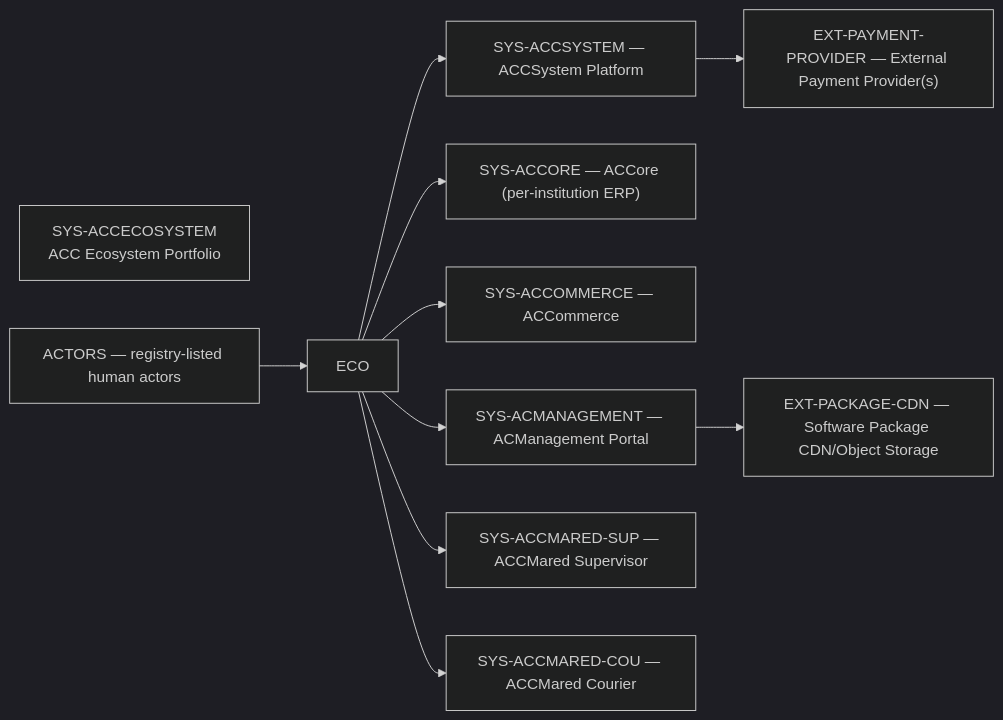
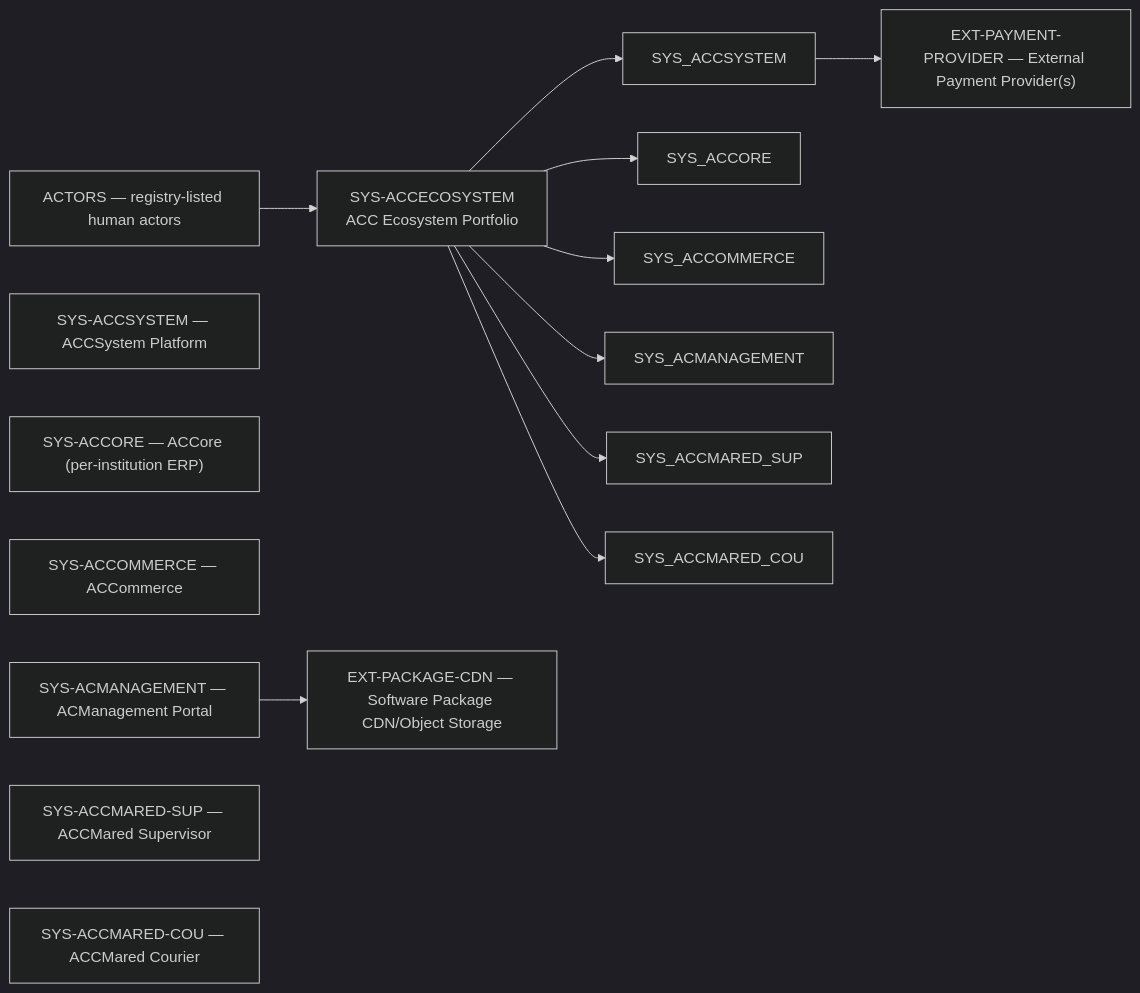
Before and after one commit to Emran025/accsystem: the second of 14 diagrams in acc-architecture/c1-context/c4-context-and-container-overlays.md, drawn with Mermaid (dark theme). The commit also changed other lines of this file and 23 other files, not shown here.

First line of the commit message:
fix(architecture): align validation and reservation contracts

````diff
--- a/acc-architecture/c1-context/c4-context-and-container-overlays.md
+++ b/acc-architecture/c1-context/c4-context-and-container-overlays.md
@@ -44,22 +44,22 @@
 ```mermaid
 flowchart LR
   SYS_ACCECOSYSTEM["SYS-ACCECOSYSTEM\nACC Ecosystem Portfolio"]
   ACT["ACTORS — registry-listed human actors"]
   AS["SYS-ACCSYSTEM — ACCSystem Platform"]
   CORE["SYS-ACCORE — ACCore (per-institution ERP)"]
   COM["SYS-ACCOMMERCE — ACCommerce"]
   MGT["SYS-ACMANAGEMENT — ACManagement Portal"]
   MS["SYS-ACCMARED-SUP — ACCMared Supervisor"]
   MC["SYS-ACCMARED-COU — ACCMared Courier"]
   PAY["EXT-PAYMENT-PROVIDER — External Payment Provider(s)"]
   CDN["EXT-PACKAGE-CDN — Software Package CDN/Object Storage"]
-  ECO --> AS
-  ECO --> CORE
-  ECO --> COM
-  ECO --> MGT
-  ECO --> MS
-  ECO --> MC
-  ACT --> ECO
-  AS --> PAY
+  SYS_ACCECOSYSTEM --> SYS_ACCSYSTEM
+  SYS_ACCECOSYSTEM --> SYS_ACCORE
+  SYS_ACCECOSYSTEM --> SYS_ACCOMMERCE
+  SYS_ACCECOSYSTEM --> SYS_ACMANAGEMENT
+  SYS_ACCECOSYSTEM --> SYS_ACCMARED_SUP
+  SYS_ACCECOSYSTEM --> SYS_ACCMARED_COU
+  ACT --> SYS_ACCECOSYSTEM
+  SYS_ACCSYSTEM --> PAY
   MGT --> CDN
 ```
````
